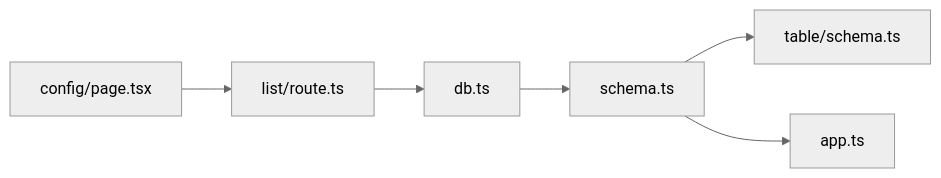
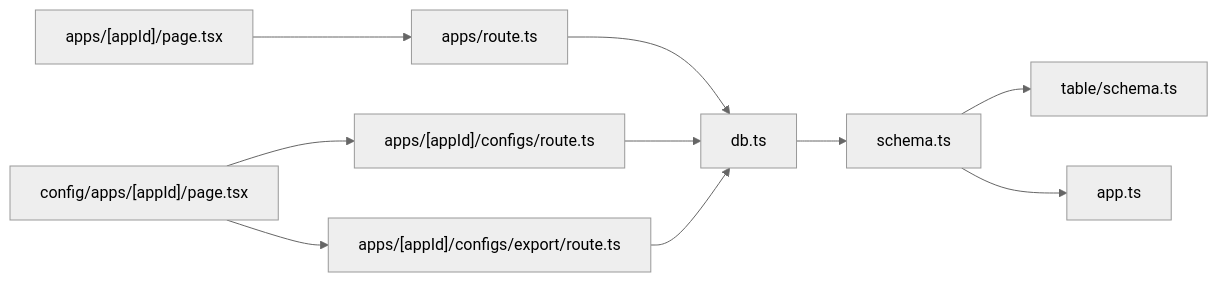
The eighth of 8 diagrams in .qoder/repowiki/zh/content/数据库集成/API 接口设计/应用管理 API.md (HAOFUYANG/nextjs-admin), drawn with Mermaid (neutral theme) before and after one commit. The commit also changed other lines of this file and 6 other files, not shown here.

````diff
--- a/.qoder/repowiki/zh/content/数据库集成/API 接口设计/应用管理 API.md
+++ b/.qoder/repowiki/zh/content/数据库集成/API 接口设计/应用管理 API.md
@@ -210,8 +326,12 @@
 ```mermaid
 graph LR
-PAGE["config/page.tsx"] --> API["list/route.ts"]
-API --> DB["db.ts"]
+APPS_PAGE["apps/[appId]/page.tsx"] --> APPS_API["apps/route.ts"]
+CONFIG_PAGE["config/apps/[appId]/page.tsx"] --> APPS_CONFIG_API["apps/[appId]/configs/route.ts"]
+CONFIG_PAGE --> EXPORT_API["apps/[appId]/configs/export/route.ts"]
+APPS_API --> DB["db.ts"]
+APPS_CONFIG_API --> DB
+EXPORT_API --> DB
 DB --> SCHEMA["schema.ts"]
-SCHEMA --> TBL["table/schema.ts"]
-SCHEMA --> APP["app.ts"]
+SCHEMA --> TABLE_SCHEMA["table/schema.ts"]
+SCHEMA --> APP_SCHEMA["app.ts"]
 ```
````
